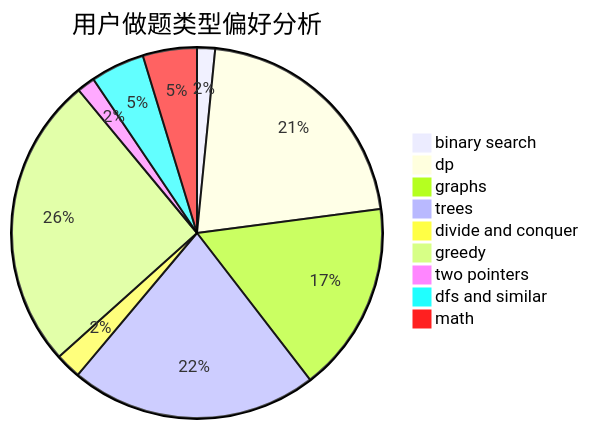
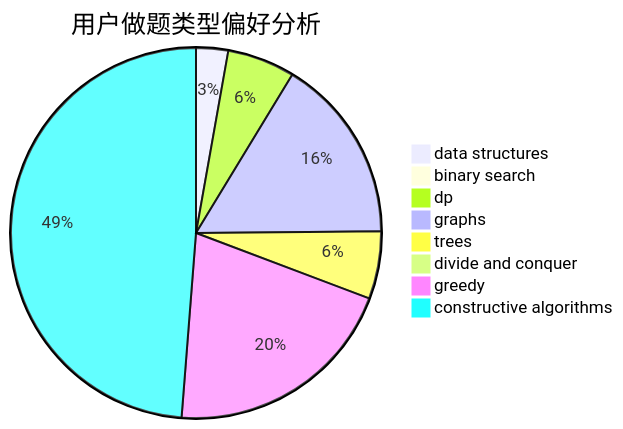
Before and after one commit to sherpahu/cfrs.github.io: the second of 3 diagrams in docs/user/u2207.md, drawn with Mermaid. The commit also changed other lines of this file and 2775 other files, not shown here.

````diff
--- a/docs/user/u2207.md
+++ b/docs/user/u2207.md
@@ -23,12 +23,11 @@
 ```mermaid
 pie title 用户做题类型偏好分析
-    "binary search" :  7
-    "dp" :  95
-    "graphs" :  74
-    "trees" :  96
-    "divide and conquer" :  10
-    "greedy" :  114
-    "two pointers" :  7
-    "dfs and similar" :  21
-    "math" :  21
+    "data structures" :  9
+    "binary search" :  0
+    "dp" :  19
+    "graphs" :  52
+    "trees" :  19
+    "divide and conquer" :  0
+    "greedy" :  66
+    "constructive algorithms" :  157
 ```
````
